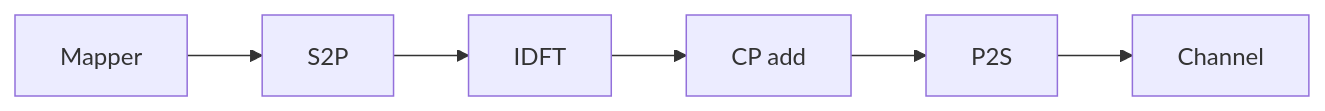
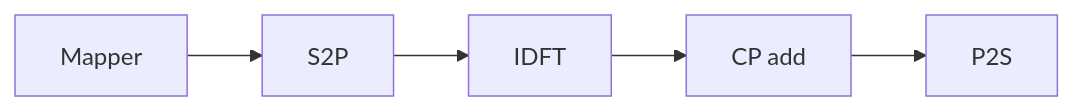
Before and after one commit to vincentchoqueuse/comnumpy: the third of 4 diagrams in docs/examples/ofdm.rst, drawn with Mermaid. The commit also changed other lines of this file and 23 other files, not shown here.

```diff
--- a/docs/examples/ofdm.rst
+++ b/docs/examples/ofdm.rst
@@ -151,8 +138,7 @@
 .. mermaid::
 
    graph LR;
       A[Mapper] --> B[S2P];
       B --> C[IDFT];
       C --> D[CP add];
       D --> E[P2S];
-      E --> G[Channel];
```
